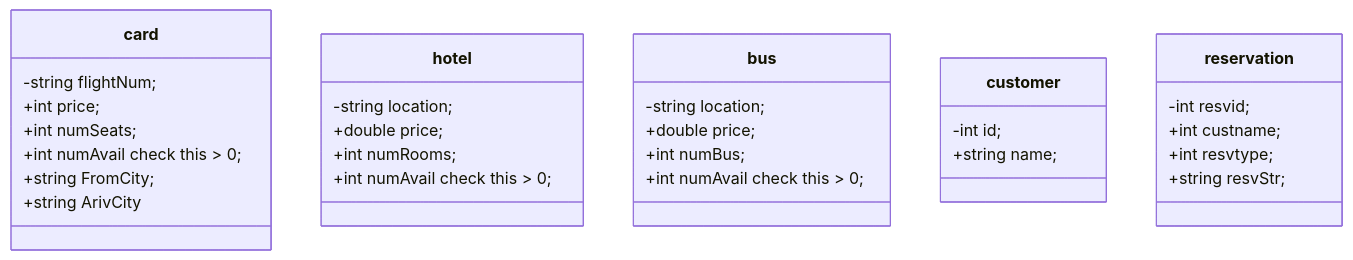
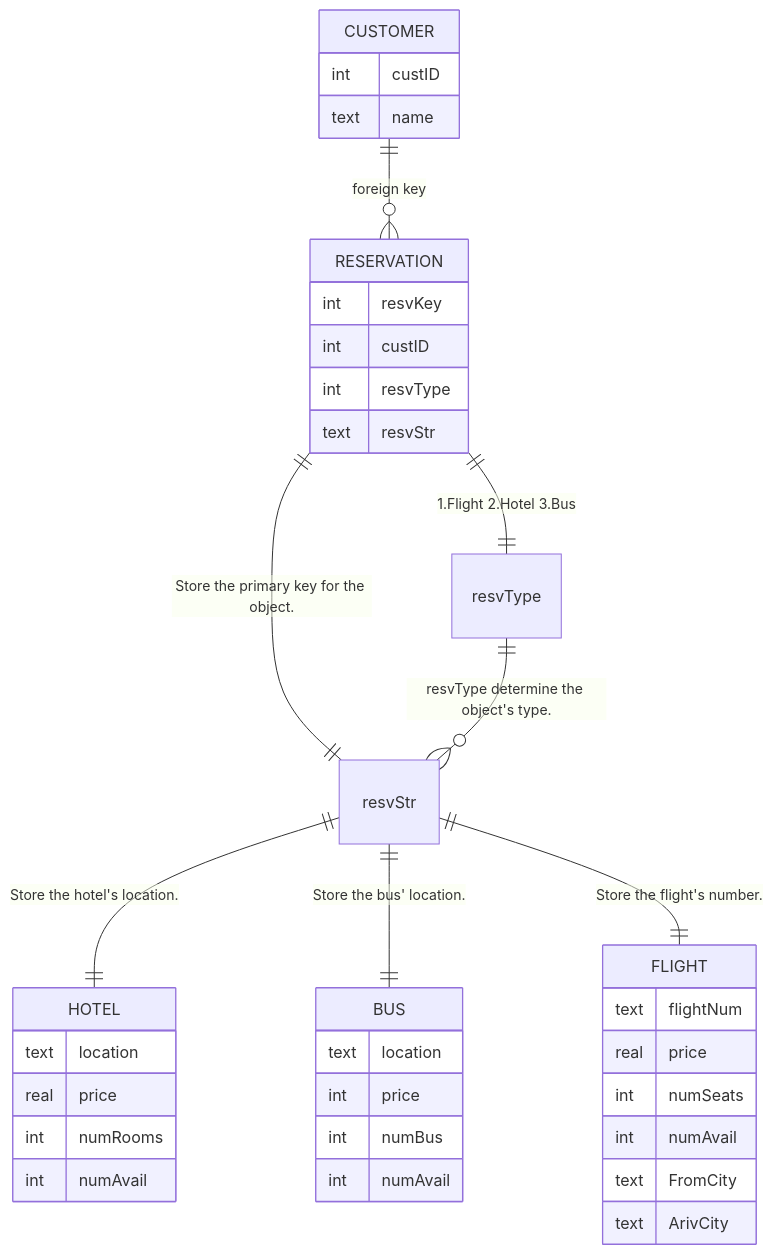
Before and after one commit to BenderBlog/Practise-Programs: the diagram in MySQL/exp4/README.MD, drawn with Mermaid. The commit also changed other lines of this file, not shown here.

````diff
--- a/MySQL/exp4/README.MD
+++ b/MySQL/exp4/README.MD
@@ -19,34 +25,52 @@
 ```mermaid
-classDiagram
-    class card{
-        -string flightNum;
-        +int price;
-        +int numSeats;
-        +int numAvail check this > 0;
-        +string FromCity;
-        +string ArivCity
-    }
-    class hotel {
-        -string location;
-        +double price;
-        +int numRooms;
-        +int numAvail check this > 0; 
-    }
-    class bus {
-        -string location;
-        +double price;
-        +int numBus;
-        +int numAvail check this > 0; 
-    }
-    class customer {
-        -int id;
-        +string name;
-    }
-    class reservation {
-        -int resvid;
-        +int custname;
-        +int resvtype;
-        +string resvStr;
-    }
-    
+erDiagram
+
+FLIGHT {
+    text flightNum
+    real price
+    int numSeats
+    int numAvail
+    text FromCity
+    text ArivCity
+}
+
+HOTEL {
+    text location
+    real price
+    int numRooms
+    int numAvail
+}
+
+BUS {
+    text location
+    int price
+    int numBus
+    int numAvail
+}
+
+CUSTOMER {
+    int custID
+    text name
+}
+
+RESERVATION {
+    int resvKey
+    int custID
+    int resvType
+    text resvStr
+}
+
+CUSTOMER ||--o{ RESERVATION : "foreign key"
+
+RESERVATION ||--|| resvType : "1.Flight 2.Hotel 3.Bus"
+
+RESERVATION ||--|| resvStr : "Store the primary key for the object."
+
+resvType ||--o{ resvStr : "resvType determine the object's type."
+
+resvStr ||--|| HOTEL : "Store the hotel's location."
+
+resvStr ||--|| BUS : "Store the bus' location."
+
+resvStr ||--|| FLIGHT : "Store the flight's number."
 ```
````
